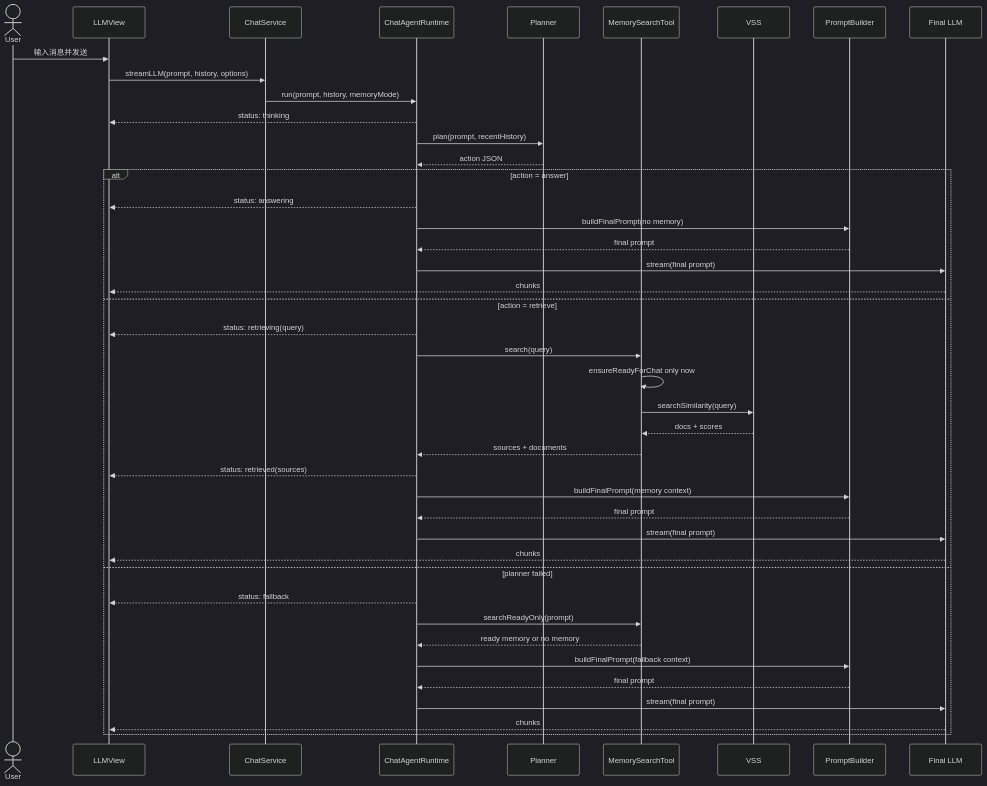
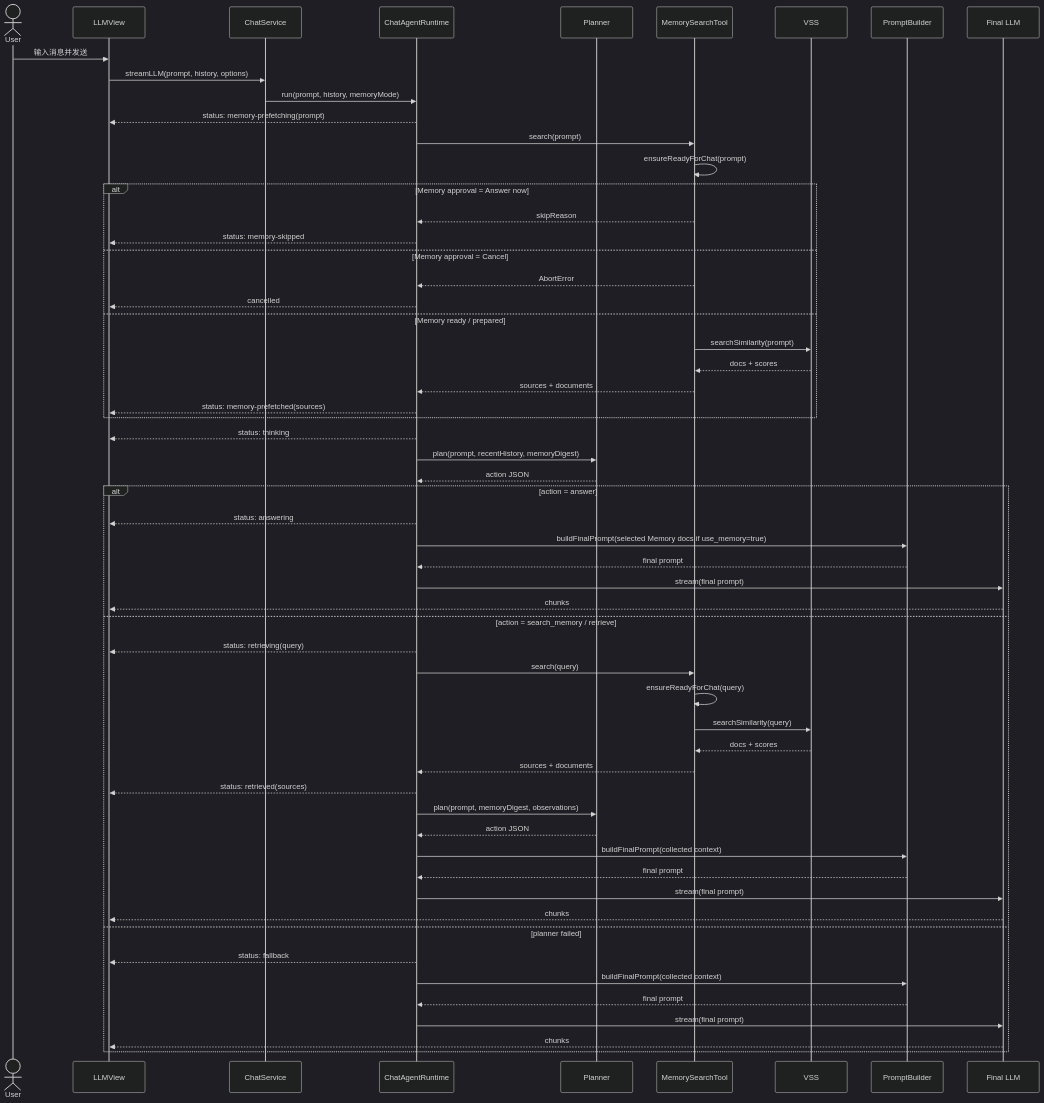
The second of 5 diagrams in docs/chat-agent-architecture.md (edonyzpc/personal-assistant), drawn with Mermaid (dark theme) before and after one commit. The commit also changed other lines of this file and 3 other files, not shown here.

````diff
--- a/docs/chat-agent-architecture.md
+++ b/docs/chat-agent-architecture.md
@@ -106,47 +111,64 @@
 ```mermaid
 sequenceDiagram
   actor User as User
   participant View as LLMView
   participant Service as ChatService
   participant Runtime as ChatAgentRuntime
   participant Planner as Planner
   participant MemoryTool as MemorySearchTool
   participant VSS as VSS
   participant Prompt as PromptBuilder
   participant LLM as Final LLM
 
   User->>View: 输入消息并发送
   View->>Service: streamLLM(prompt, history, options)
   Service->>Runtime: run(prompt, history, memoryMode)
+  Runtime-->>View: status: memory-prefetching(prompt)
+  Runtime->>MemoryTool: search(prompt)
+  MemoryTool->>MemoryTool: ensureReadyForChat(prompt)
+
+  alt Memory approval = Answer now
+    MemoryTool-->>Runtime: skipReason
+    Runtime-->>View: status: memory-skipped
+  else Memory approval = Cancel
+    MemoryTool-->>Runtime: AbortError
+    Runtime-->>View: cancelled
+  else Memory ready / prepared
+    MemoryTool->>VSS: searchSimilarity(prompt)
+    VSS-->>MemoryTool: docs + scores
+    MemoryTool-->>Runtime: sources + documents
+    Runtime-->>View: status: memory-prefetched(sources)
+  end
+
   Runtime-->>View: status: thinking
-  Runtime->>Planner: plan(prompt, recentHistory)
+  Runtime->>Planner: plan(prompt, recentHistory, memoryDigest)
   Planner-->>Runtime: action JSON
 
   alt action = answer
     Runtime-->>View: status: answering
-    Runtime->>Prompt: buildFinalPrompt(no memory)
+    Runtime->>Prompt: buildFinalPrompt(selected Memory docs if use_memory=true)
     Prompt-->>Runtime: final prompt
     Runtime->>LLM: stream(final prompt)
     LLM-->>View: chunks
-  else action = retrieve
+  else action = search_memory / retrieve
     Runtime-->>View: status: retrieving(query)
     Runtime->>MemoryTool: search(query)
-    MemoryTool->>MemoryTool: ensureReadyForChat only now
+    MemoryTool->>MemoryTool: ensureReadyForChat(query)
     MemoryTool->>VSS: searchSimilarity(query)
     VSS-->>MemoryTool: docs + scores
     MemoryTool-->>Runtime: sources + documents
     Runtime-->>View: status: retrieved(sources)
-    Runtime->>Prompt: buildFinalPrompt(memory context)
+    Runtime->>Planner: plan(prompt, memoryDigest, observations)
+    Planner-->>Runtime: action JSON
+    Runtime->>Prompt: buildFinalPrompt(collected context)
     Prompt-->>Runtime: final prompt
     Runtime->>LLM: stream(final prompt)
     LLM-->>View: chunks
   else planner failed
     Runtime-->>View: status: fallback
-    Runtime->>MemoryTool: searchReadyOnly(prompt)
-    MemoryTool-->>Runtime: ready memory or no memory
-    Runtime->>Prompt: buildFinalPrompt(fallback context)
+    Runtime->>Prompt: buildFinalPrompt(collected context)
     Prompt-->>Runtime: final prompt
     Runtime->>LLM: stream(final prompt)
     LLM-->>View: chunks
   end
 ```
````
